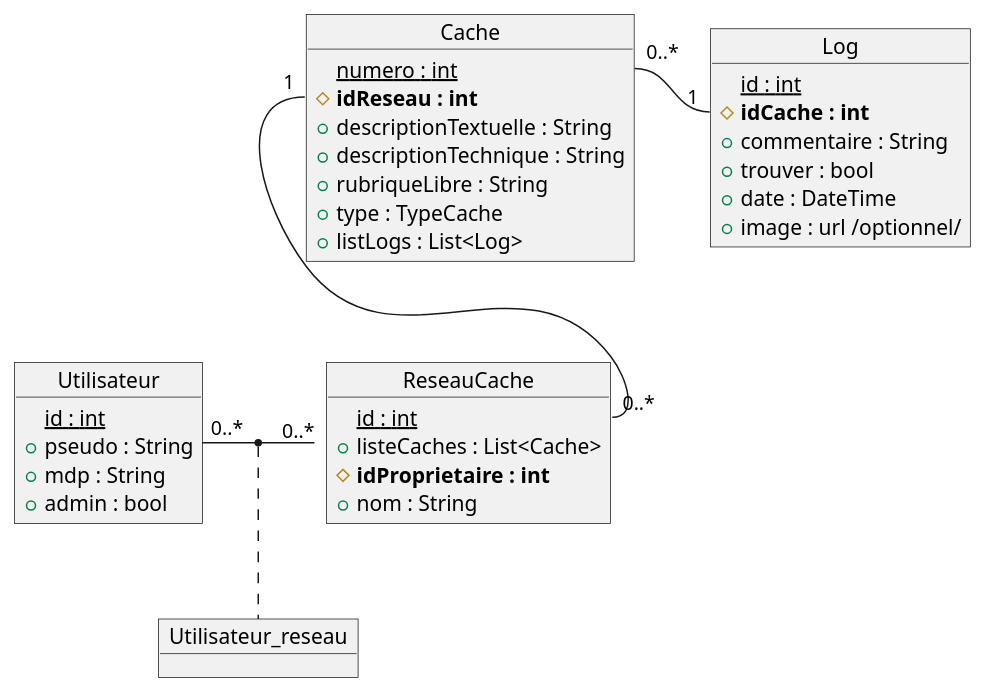
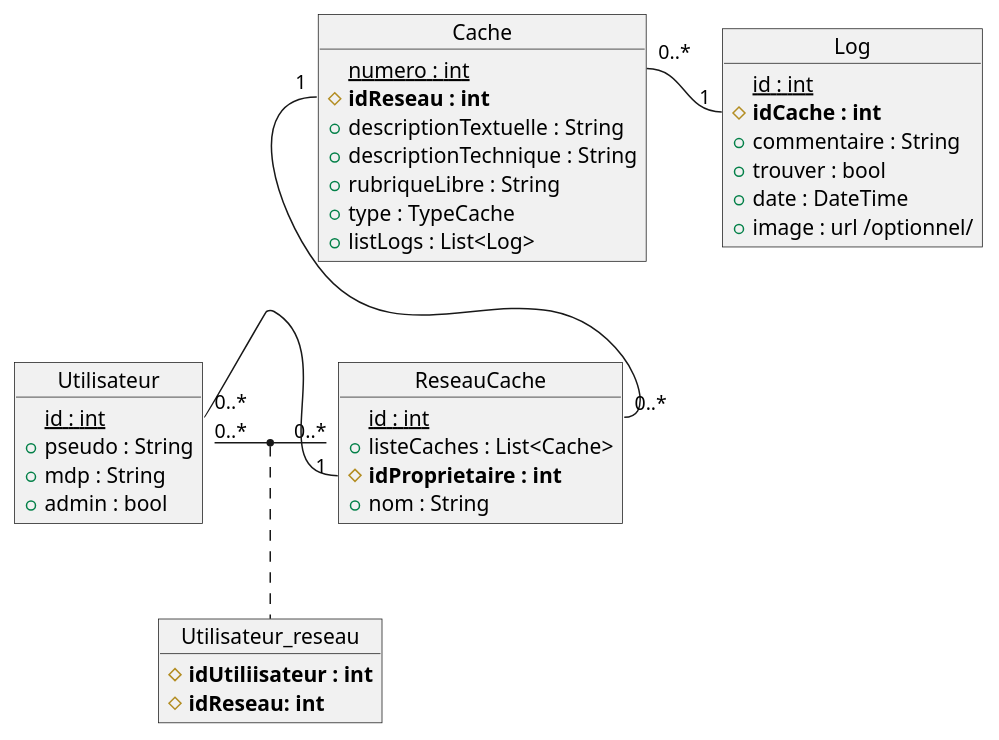
One commit to Thomas-Duthoit/ge-OO-cache changed the diagram in conception/UML/MPD.puml. Above: the diagram before and after it, drawn with PlantUML.

Commit message:
Fix formatting and add missing attributes in MPD.puml

```diff
--- a/conception/UML/MPD.puml
+++ b/conception/UML/MPD.puml
@@ -1,47 +1,49 @@
 @startuml
 
 object Utilisateur{
   {static} id : int
   + pseudo : String 
   + mdp : String
   + admin : bool
 }
 
 object ReseauCache{
   {static} id : int
   + listeCaches : List<Cache>
   # <b>idProprietaire : int</b>
   + nom : String
 }
 
 object Utilisateur_reseau{
-  
+  # <b>idUtiliisateur : int</b>
+  # <b>idReseau: int</b>
 }
 
 object Cache{
   {static} numero : int
   # <b>idReseau : int</b>
   + descriptionTextuelle : String
   + descriptionTechnique : String 
   + rubriqueLibre : String
   + type : TypeCache
   + listLogs : List<Log>
 }
 
 object Log{
   {static} id : int
   # <b>idCache : int</b>
   + commentaire : String
   + trouver : bool
   + date : DateTime
   + image : url /optionnel/
 }
 
 Utilisateur "0..*" - "0..*" ReseauCache 
 (Utilisateur, ReseauCache) . Utilisateur_reseau
 
 Cache::idReseau "1" -- "0..*" ReseauCache::id 
 
 Cache::numero "0..*" - "1" Log::idCache
+Utilisateur::id "0..*" - "1" ReseauCache::idProprietaire
 
 @enduml
```
